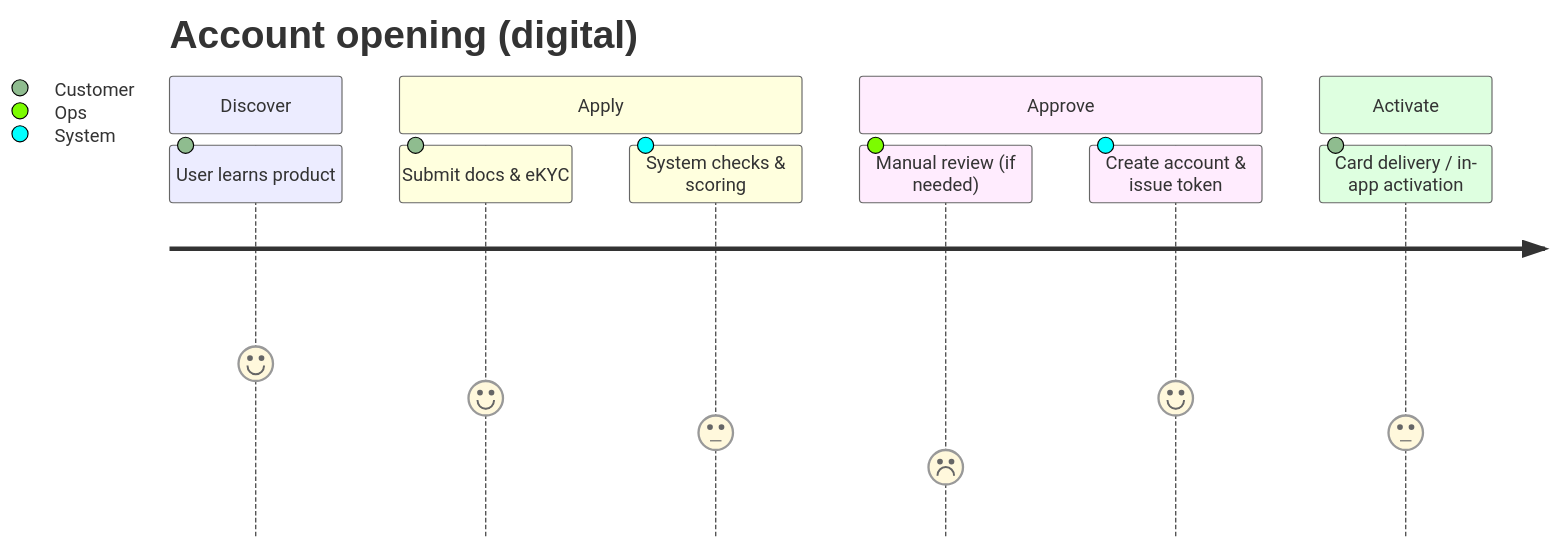
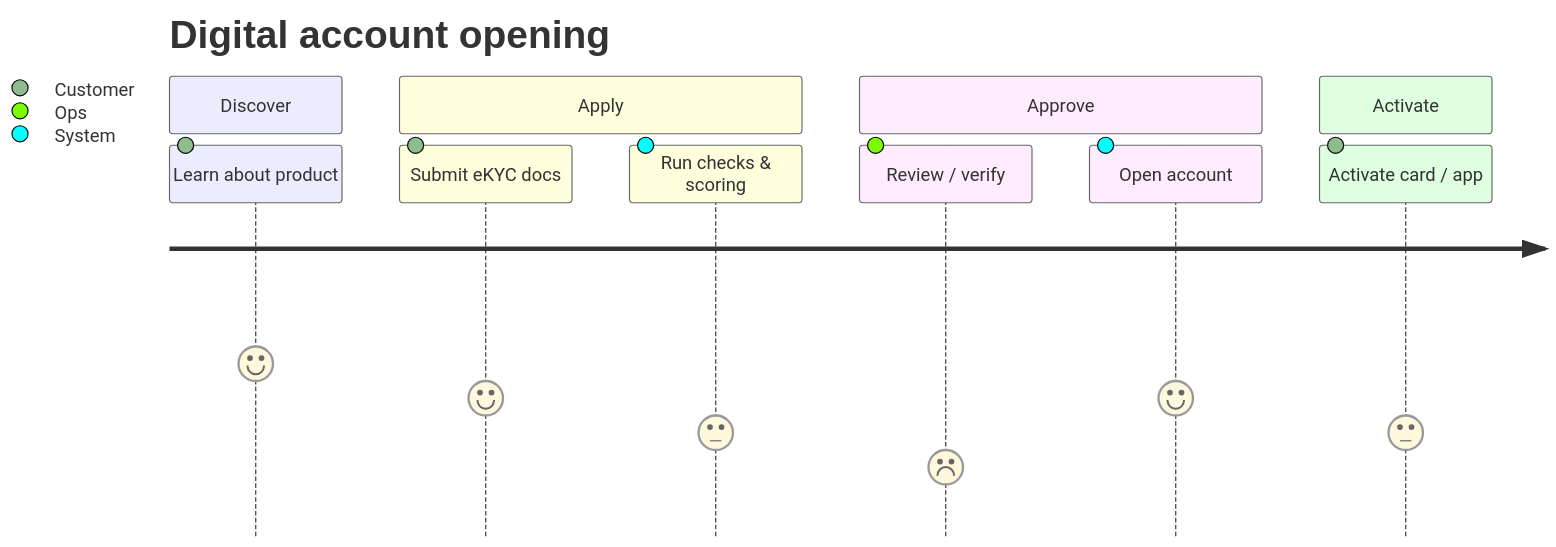
The third of 4 diagrams in README.md (lamtquyen03/techcombank-product-engineering), drawn with Mermaid before and after one commit. The commit also changed other lines of this file and 6 other files, not shown here.

Commit message:
feat: enrich README with Techcombank product visuals and diagrams

````diff
--- a/README.md
+++ b/README.md
@@ -59,15 +96,14 @@
 ```mermaid
 journey
-	title Account opening (digital)
-	section Discover
-		User learns product: 5: Customer
-	section Apply
-		Submit docs & eKYC: 4: Customer
-		System checks & scoring: 3: System
-	section Approve
-		Manual review (if needed): 2: Ops
-		Create account & issue token: 4: System
-	section Activate
-		Card delivery / in-app activation: 3: Customer
-
+  title Digital account opening
+  section Discover
+    Learn about product: 5: Customer
+  section Apply
+    Submit eKYC docs: 4: Customer
+    Run checks & scoring: 3: System
+  section Approve
+    Review / verify: 2: Ops
+    Open account: 4: System
+  section Activate
+    Activate card / app: 3: Customer
 ```
````
